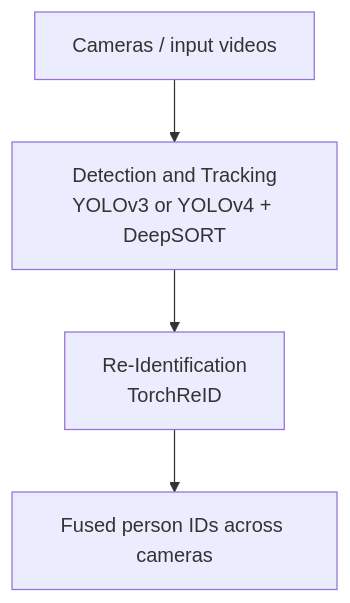
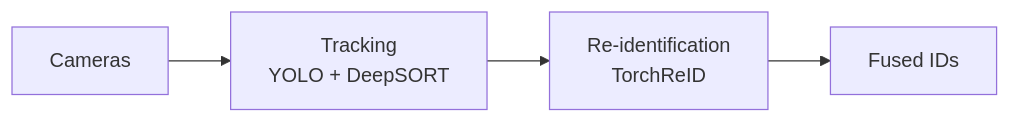
The diagram in README.md (Bucke200/AI-and-ML-enabled-video-analysis-and-interpretation), drawn with Mermaid before and after one commit.

Commit message:
Make Mermaid diagram compact (single-row layout)

````diff
--- a/README.md
+++ b/README.md
@@ -7,6 +7,4 @@
 ```mermaid
-flowchart TD
-    A["Cameras / input videos"] --> B["Detection and Tracking<br/>YOLOv3 or YOLOv4 + DeepSORT"]
-    B --> C["Re-Identification<br/>TorchReID"]
-    C --> D["Fused person IDs across cameras"]
+flowchart LR
+    A["Cameras"] --> B["Tracking<br/>YOLO + DeepSORT"] --> C["Re-identification<br/>TorchReID"] --> D["Fused IDs"]
 ```
````
